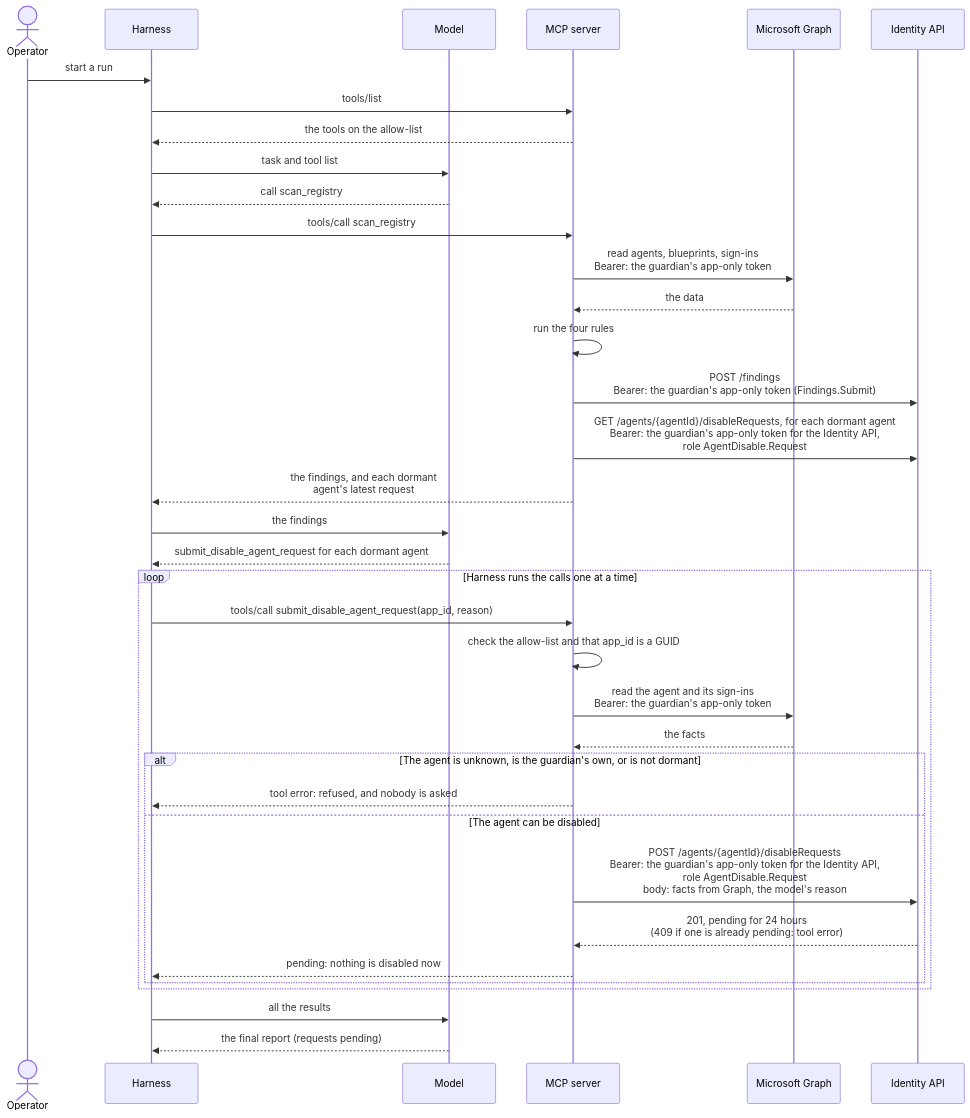
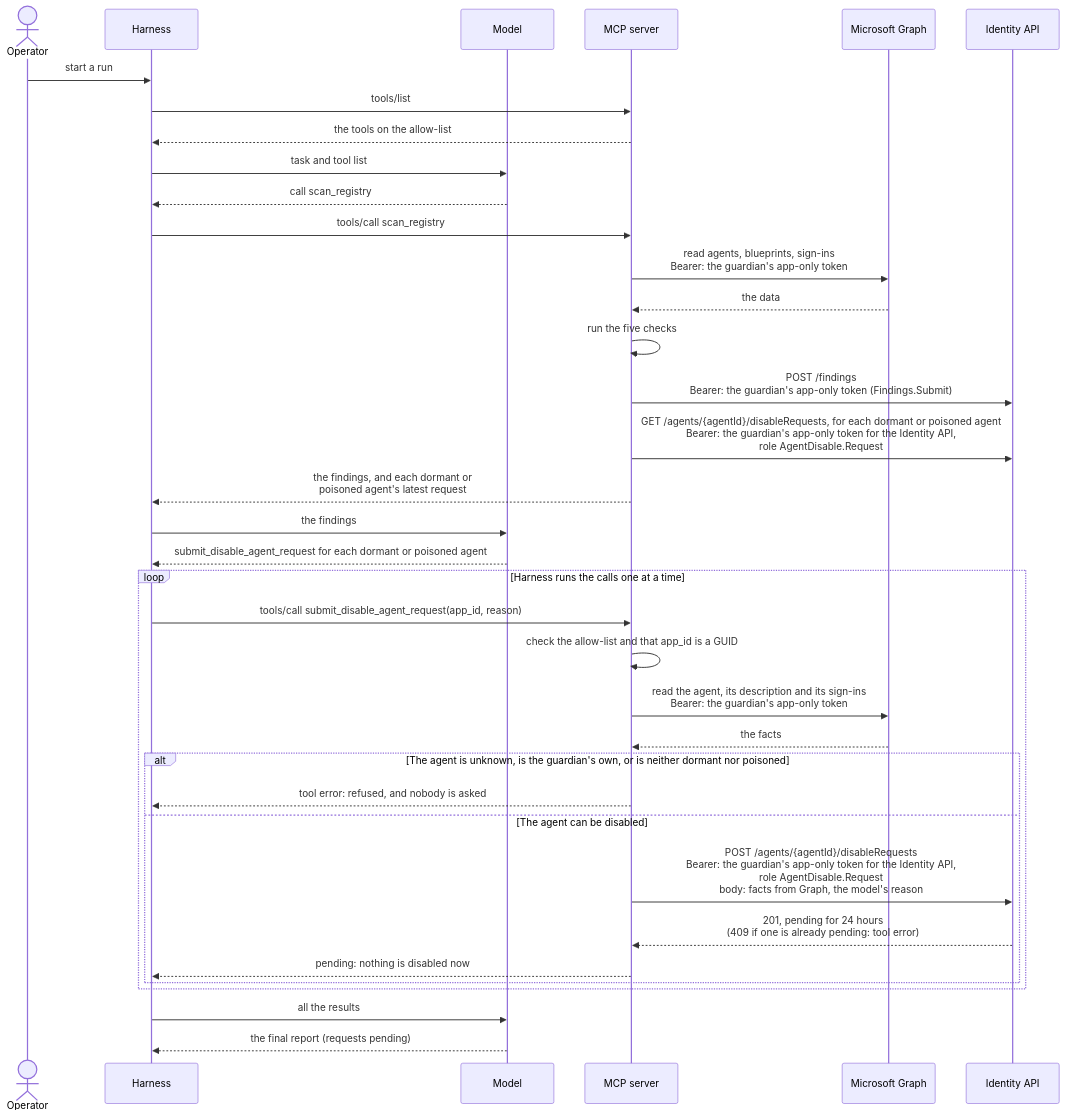
One commit to alireza-mpr/agent-steward changed the third of 6 diagrams in docs/agent-steward-architecture.md. Above: the diagram before and after it, drawn with Mermaid. The commit also changed other lines of this file and 21 other files, not shown here.

Commit message:
Implemented disable request for poisoned descriptions

````diff
--- a/docs/agent-steward-architecture.md
+++ b/docs/agent-steward-architecture.md
@@ -200,40 +200,40 @@
 ```mermaid
 sequenceDiagram
     actor O as Operator
     participant H as Harness
     participant L as Model
     participant M as MCP server
     participant G as Microsoft Graph
     participant A as Identity API
 
     O->>H: start a run
     H->>M: tools/list
     M-->>H: the tools on the allow-list
     H->>L: task and tool list
     L-->>H: call scan_registry
     H->>M: tools/call scan_registry
     M->>G: read agents, blueprints, sign-ins<br/>Bearer: the guardian's app-only token
     G-->>M: the data
-    M->>M: run the four rules
+    M->>M: run the five checks
     M->>A: POST /findings<br/>Bearer: the guardian's app-only token (Findings.Submit)
-    M->>A: GET /agents/{agentId}/disableRequests, for each dormant agent<br/>Bearer: the guardian's app-only token for the Identity API,<br/>role AgentDisable.Request
-    M-->>H: the findings, and each dormant<br/>agent's latest request
+    M->>A: GET /agents/{agentId}/disableRequests, for each dormant or poisoned agent<br/>Bearer: the guardian's app-only token for the Identity API,<br/>role AgentDisable.Request
+    M-->>H: the findings, and each dormant or<br/>poisoned agent's latest request
     H->>L: the findings
 
-    L-->>H: submit_disable_agent_request for each dormant agent
+    L-->>H: submit_disable_agent_request for each dormant or poisoned agent
     loop Harness runs the calls one at a time
         H->>M: tools/call submit_disable_agent_request(app_id, reason)
         M->>M: check the allow-list and that app_id is a GUID
-        M->>G: read the agent and its sign-ins<br/>Bearer: the guardian's app-only token
+        M->>G: read the agent, its description and its sign-ins<br/>Bearer: the guardian's app-only token
         G-->>M: the facts
-        alt The agent is unknown, is the guardian's own, or is not dormant
+        alt The agent is unknown, is the guardian's own, or is neither dormant nor poisoned
             M-->>H: tool error: refused, and nobody is asked
         else The agent can be disabled
             M->>A: POST /agents/{agentId}/disableRequests<br/>Bearer: the guardian's app-only token for the Identity API,<br/>role AgentDisable.Request<br/>body: facts from Graph, the model's reason
             A-->>M: 201, pending for 24 hours<br/>(409 if one is already pending: tool error)
             M-->>H: pending: nothing is disabled now
         end
     end
     H->>L: all the results
     L-->>H: the final report (requests pending)
 ```
````
